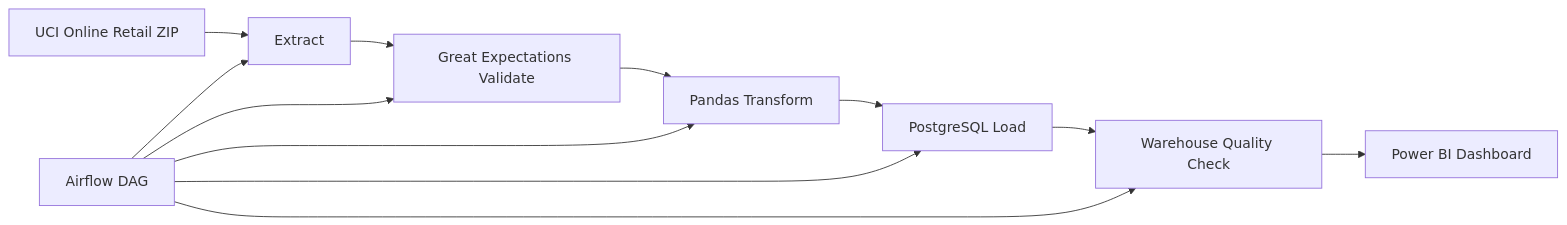
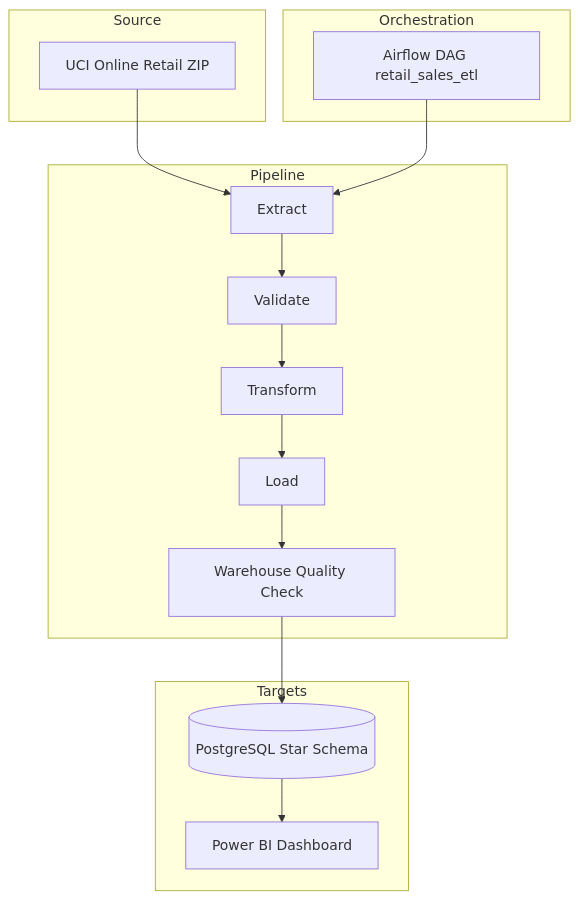
One commit to suryalionael/retail-sales-etl-pipeline changed the first of 2 diagrams in README.md. Above: the diagram before and after it, drawn with Mermaid. The commit also changed other lines of this file and 11 other files, not shown here.

````diff
--- a/README.md
+++ b/README.md
@@ -19,14 +65,27 @@
 ```mermaid
-flowchart LR
-    A[UCI Online Retail ZIP] --> B[Extract]
-    B --> C[Great Expectations Validate]
-    C --> D[Pandas Transform]
-    D --> E[PostgreSQL Load]
-    E --> F[Warehouse Quality Check]
-    F --> G[Power BI Dashboard]
-    H[Airflow DAG] --> B
-    H --> C
-    H --> D
-    H --> E
-    H --> F
+flowchart TB
+    subgraph sources [Source]
+        UCI[UCI Online Retail ZIP]
+    end
+
+    subgraph orchestration [Orchestration]
+        AF[Airflow DAG retail_sales_etl]
+    end
+
+    subgraph pipeline [Pipeline]
+        E[Extract]
+        V[Validate]
+        T[Transform]
+        L[Load]
+        Q[Warehouse Quality Check]
+    end
+
+    subgraph targets [Targets]
+        PG[(PostgreSQL Star Schema)]
+        PBI[Power BI Dashboard]
+    end
+
+    UCI --> E
+    AF --> E
+    E --> V --> T --> L --> Q --> PG --> PBI
 ```
````
